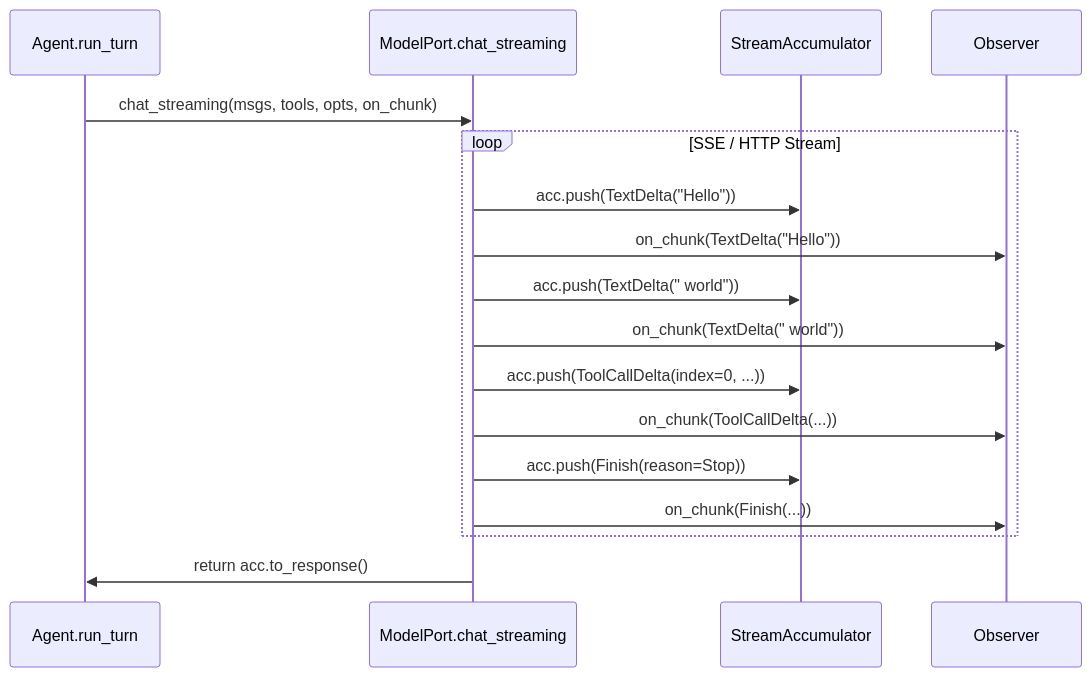
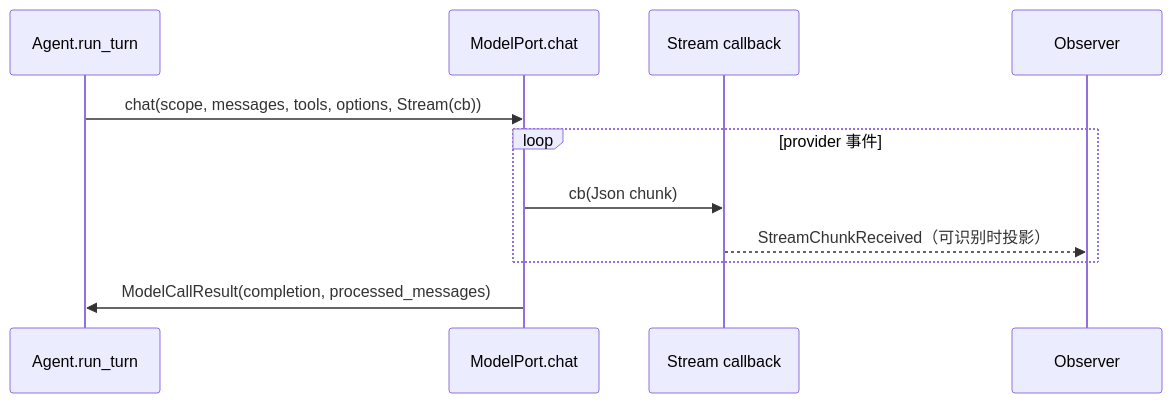
Before and after one commit to colmugx/posoco: the diagram in docs/05-streaming-guide.md, drawn with Mermaid. The commit also changed other lines of this file and 4 other files, not shown here.

Commit message:
docs: update documentation for new architecture and API changes

````diff
--- a/docs/05-streaming-guide.md
+++ b/docs/05-streaming-guide.md
@@ -11,20 +43,14 @@
 ```mermaid
 sequenceDiagram
   participant Agent as Agent.run_turn
-  participant Model as ModelPort.chat_streaming
-  participant ACC as StreamAccumulator
+  participant Model as ModelPort.chat
+  participant Host as Stream callback
   participant Obs as Observer
 
-  Agent->>Model: chat_streaming(msgs, tools, opts, on_chunk)
-  loop SSE / HTTP Stream
-    Model->>ACC: acc.push(TextDelta("Hello"))
-    Model->>Obs: on_chunk(TextDelta("Hello"))
-    Model->>ACC: acc.push(TextDelta(" world"))
-    Model->>Obs: on_chunk(TextDelta(" world"))
-    Model->>ACC: acc.push(ToolCallDelta(index=0, ...))
-    Model->>Obs: on_chunk(ToolCallDelta(...))
-    Model->>ACC: acc.push(Finish(reason=Stop))
-    Model->>Obs: on_chunk(Finish(...))
+  Agent->>Model: chat(scope, messages, tools, options, Stream(cb))
+  loop provider 事件
+    Model->>Host: cb(Json chunk)
+    Host-->>Obs: StreamChunkReceived（可识别时投影）
   end
-  Model->>Agent: return acc.to_response()
+  Model->>Agent: ModelCallResult(completion, processed_messages)
 ```
````
